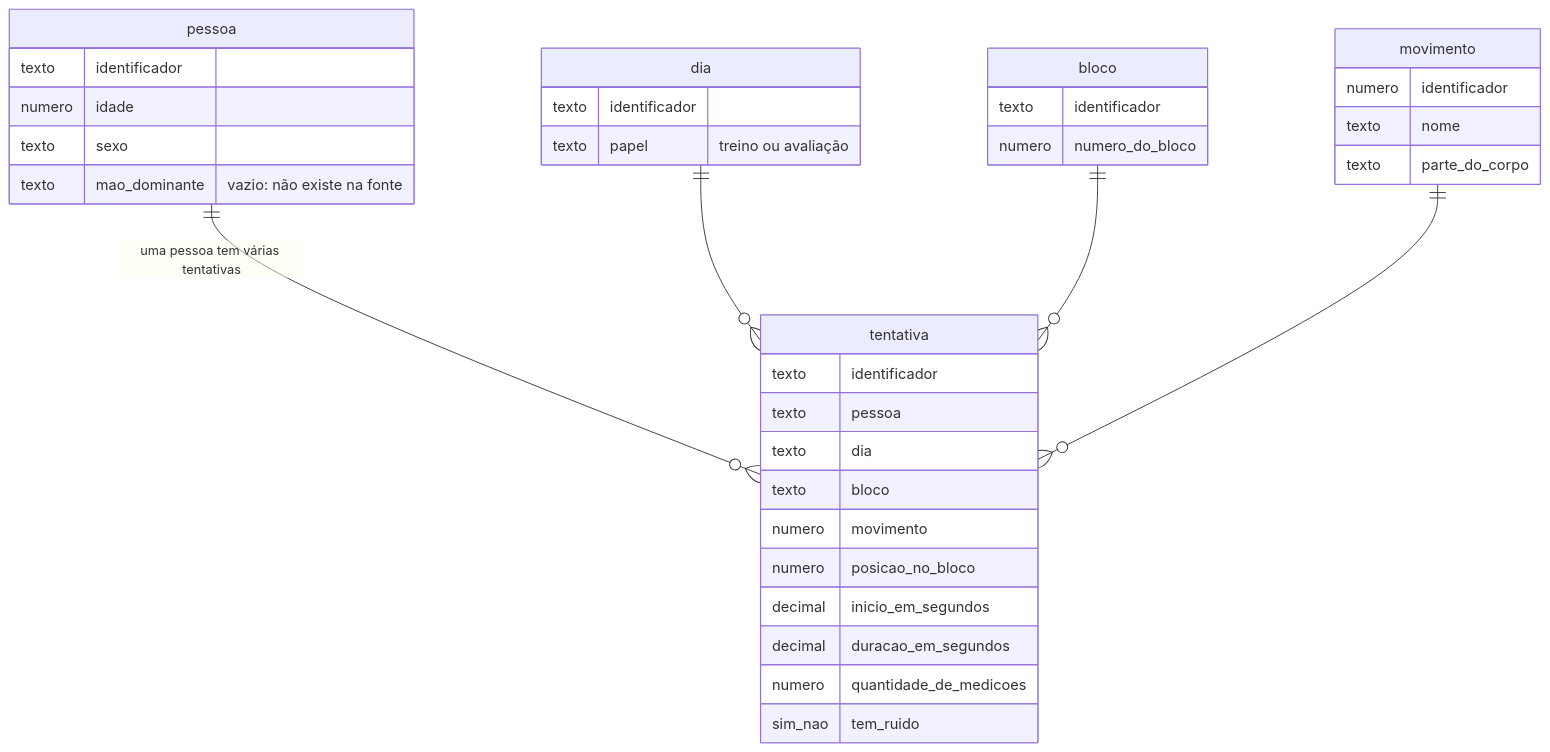
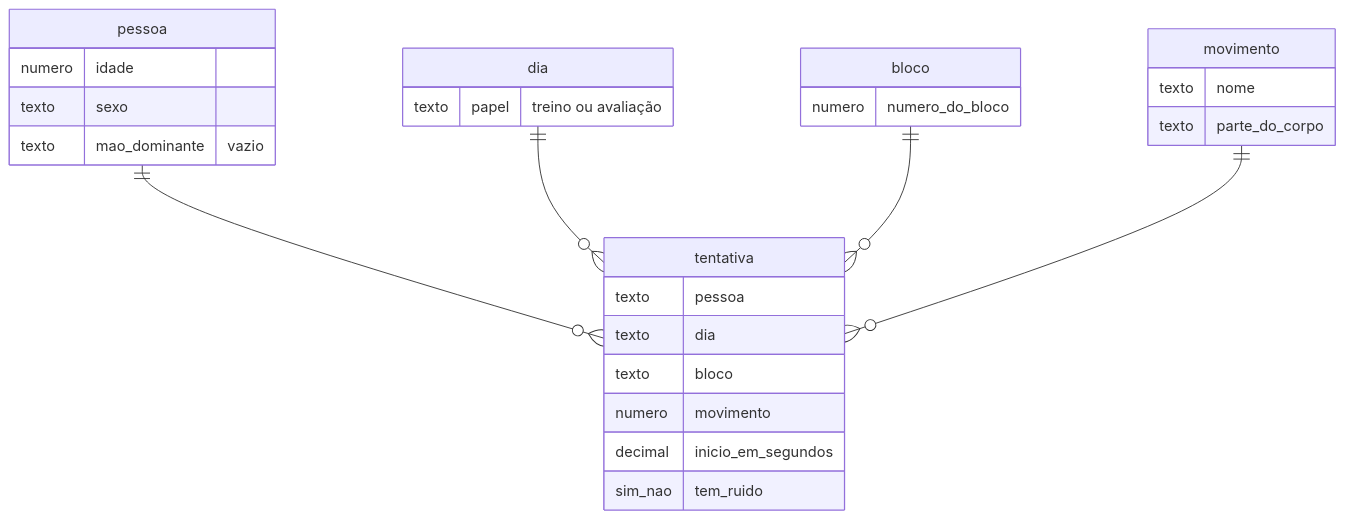
Before and after one commit to kafb04/data-engineering-multimodal-ai: the second of 8 diagrams in README.md, drawn with Mermaid. The commit also changed other lines of this file, not shown here.

````diff
--- a/README.md
+++ b/README.md
@@ -81,39 +48,31 @@
 ```mermaid
 erDiagram
-    pessoa   ||--o{ tentativa : "uma pessoa tem várias tentativas"
-    dia      ||--o{ tentativa : ""
-    bloco    ||--o{ tentativa : ""
+    pessoa    ||--o{ tentativa : ""
+    dia       ||--o{ tentativa : ""
+    bloco     ||--o{ tentativa : ""
     movimento ||--o{ tentativa : ""
 
     tentativa {
-        texto   identificador
         texto   pessoa
         texto   dia
         texto   bloco
         numero  movimento
-        numero  posicao_no_bloco
         decimal inicio_em_segundos
-        decimal duracao_em_segundos
-        numero  quantidade_de_medicoes
         sim_nao tem_ruido
     }
     pessoa {
-        texto  identificador
         numero idade
         texto  sexo
-        texto  mao_dominante "vazio: não existe na fonte"
+        texto  mao_dominante "vazio"
     }
     movimento {
-        numero identificador
-        texto  nome
-        texto  parte_do_corpo
+        texto nome
+        texto parte_do_corpo
     }
     dia {
-        texto identificador
         texto papel "treino ou avaliação"
     }
     bloco {
-        texto  identificador
         numero numero_do_bloco
     }
 ```
````
